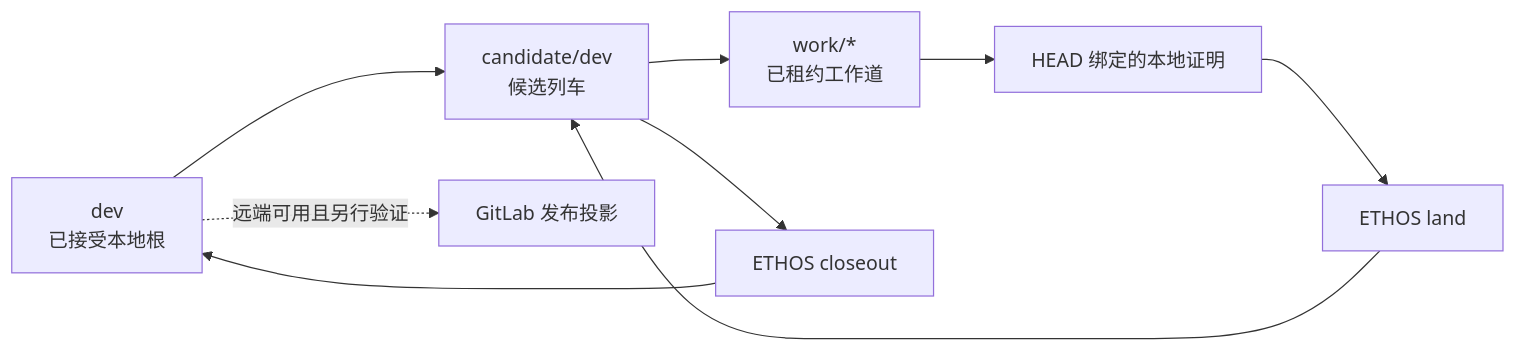
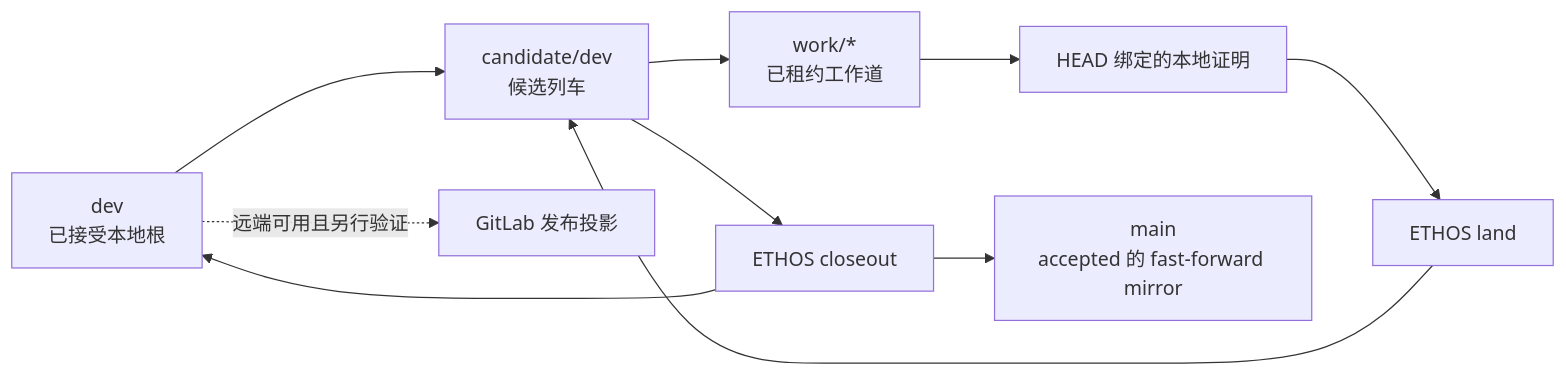
The diagram in docs/governance/ethos.md (HengYangDS/data-department-work-guidelines), drawn with Mermaid before and after one commit. The commit also changed other lines of this file and 10 other files, not shown here.

````diff
--- a/docs/governance/ethos.md
+++ b/docs/governance/ethos.md
@@ -35,11 +35,12 @@
 ```mermaid
 flowchart LR
     A["dev\n已接受本地根"] --> B["candidate/dev\n候选列车"]
     B --> C["work/*\n已租约工作道"]
     C --> D["HEAD 绑定的本地证明"]
     D --> E["ETHOS land"]
     E --> B
     B --> F["ETHOS closeout"]
-    F --> A
+    F --> A["dev\n已接受本地根"]
+    F --> H["main\naccepted 的 fast-forward mirror"]
     A -. "远端可用且另行验证" .-> G["GitLab 发布投影"]
 ```
````
